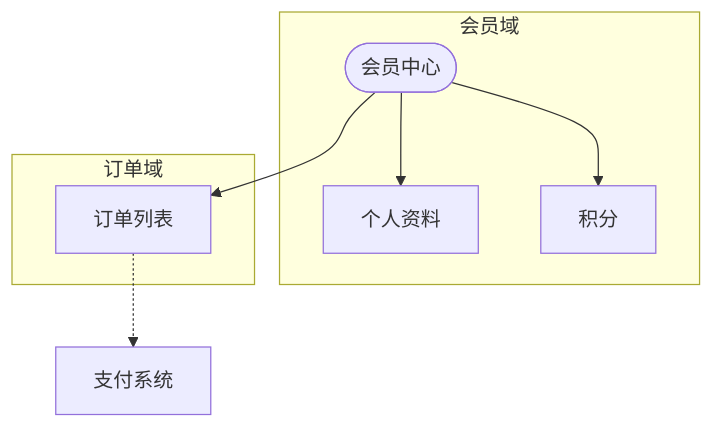
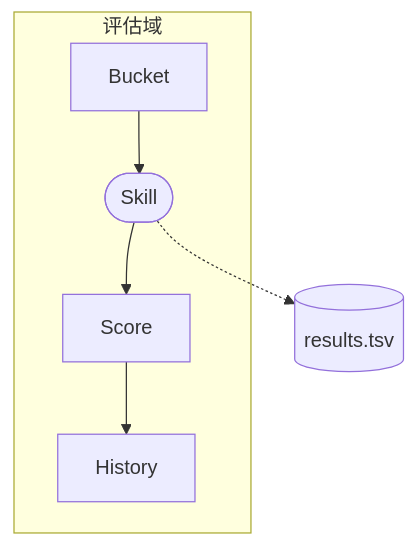
One commit to Wcof/PRDContextEngine changed the first of 2 diagrams in skills/visualization/pm-sketch/references/sketch-prototype-example.md. Above: the diagram before and after it, drawn with Mermaid. The commit also changed other lines of this file and 5 other files, not shown here.

````diff
--- a/skills/visualization/pm-sketch/references/sketch-prototype-example.md
+++ b/skills/visualization/pm-sketch/references/sketch-prototype-example.md
@@ -28,15 +57,13 @@
 ```mermaid
 graph TD
-  subgraph 会员域
-    member([会员中心])
-    profile[个人资料]
-    points[积分]
+  subgraph 评估域
+    skill([Skill])
+    score[Score]
+    history[History]
+    bucket[Bucket]
   end
-  subgraph 订单域
-    order[订单列表]
-  end
-  member --> profile
-  member --> points
-  member --> order
-  order -.-> pay[支付系统]
+  bucket --> skill
+  skill --> score
+  score --> history
+  skill -.-> resultsTSV[(results.tsv)]
 ```
````
